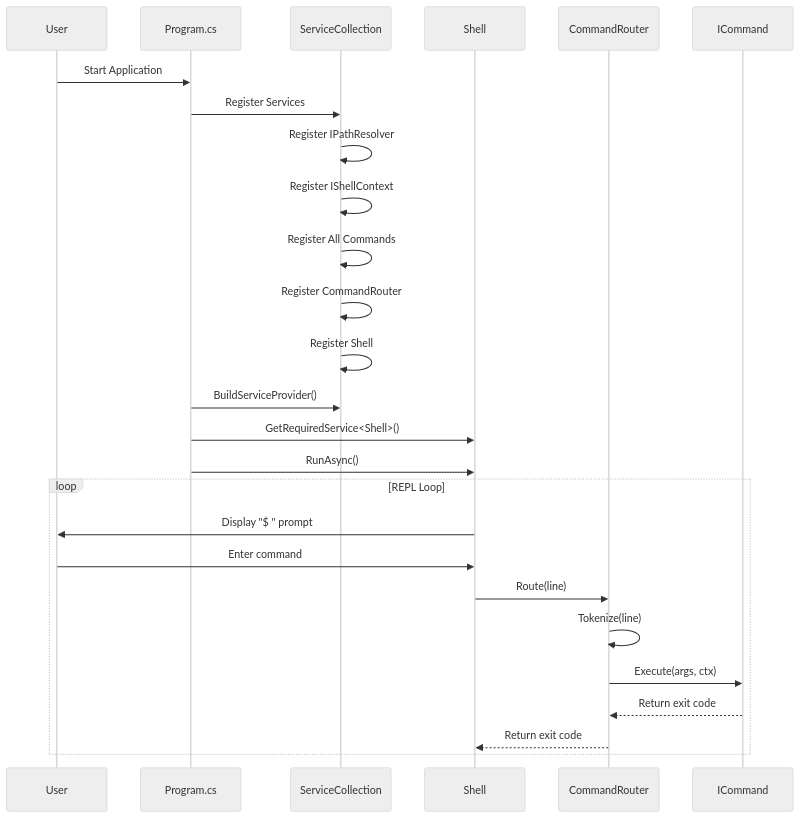
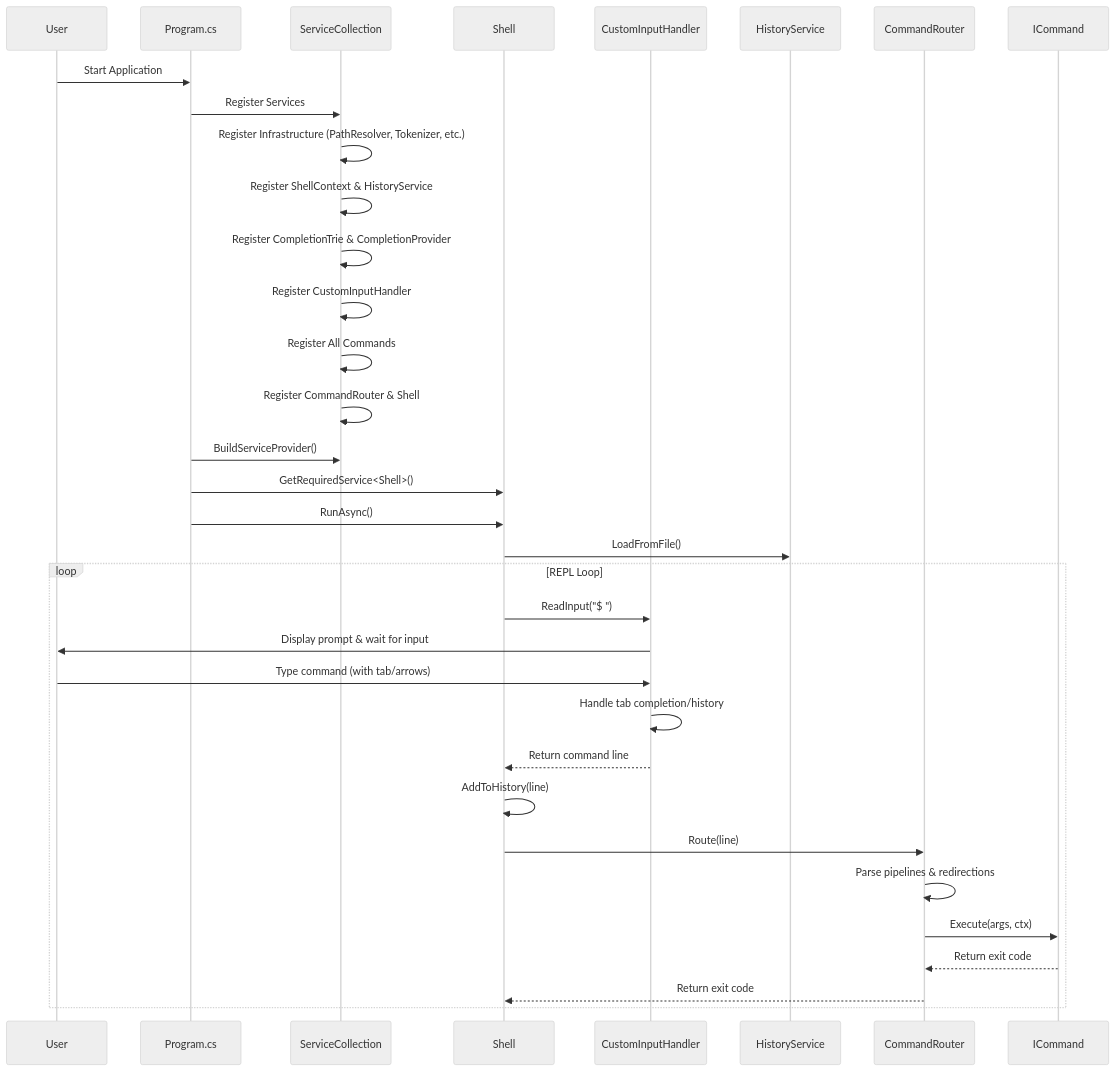
Before and after one commit to Diego-Paris/codecrafters-shell-csharp: the second of 10 diagrams in ARCHITECTURE.md, drawn with Mermaid (neutral theme). The commit also changed other lines of this file, not shown here.

Commit message:
updated architecture

````diff
--- a/ARCHITECTURE.md
+++ b/ARCHITECTURE.md
@@ -55,30 +90,38 @@
 ```mermaid
 sequenceDiagram
     participant User
     participant Main as Program.cs
     participant DI as ServiceCollection
     participant Shell
+    participant Input as CustomInputHandler
+    participant History as HistoryService
     participant Router as CommandRouter
     participant Cmd as ICommand
 
     User->>Main: Start Application
     Main->>DI: Register Services
-    DI->>DI: Register IPathResolver
-    DI->>DI: Register IShellContext
+    DI->>DI: Register Infrastructure (PathResolver, Tokenizer, etc.)
+    DI->>DI: Register ShellContext & HistoryService
+    DI->>DI: Register CompletionTrie & CompletionProvider
+    DI->>DI: Register CustomInputHandler
     DI->>DI: Register All Commands
-    DI->>DI: Register CommandRouter
-    DI->>DI: Register Shell
+    DI->>DI: Register CommandRouter & Shell
     Main->>DI: BuildServiceProvider()
     Main->>Shell: GetRequiredService<Shell>()
     Main->>Shell: RunAsync()
+    Shell->>History: LoadFromFile()
 
     loop REPL Loop
-        Shell->>User: Display "$ " prompt
-        User->>Shell: Enter command
+        Shell->>Input: ReadInput("$ ")
+        Input->>User: Display prompt & wait for input
+        User->>Input: Type command (with tab/arrows)
+        Input->>Input: Handle tab completion/history
+        Input-->>Shell: Return command line
+        Shell->>Shell: AddToHistory(line)
         Shell->>Router: Route(line)
-        Router->>Router: Tokenize(line)
+        Router->>Router: Parse pipelines & redirections
         Router->>Cmd: Execute(args, ctx)
         Cmd-->>Router: Return exit code
         Router-->>Shell: Return exit code
     end
 ```
````
